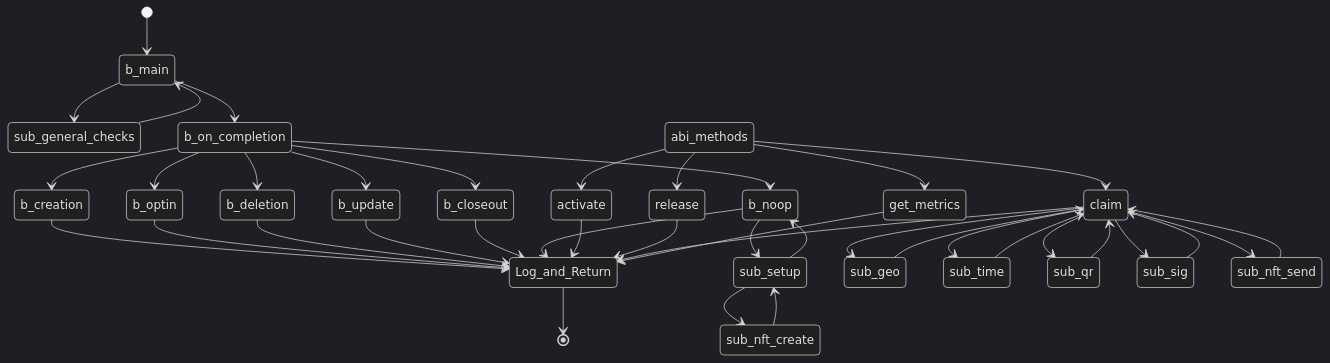
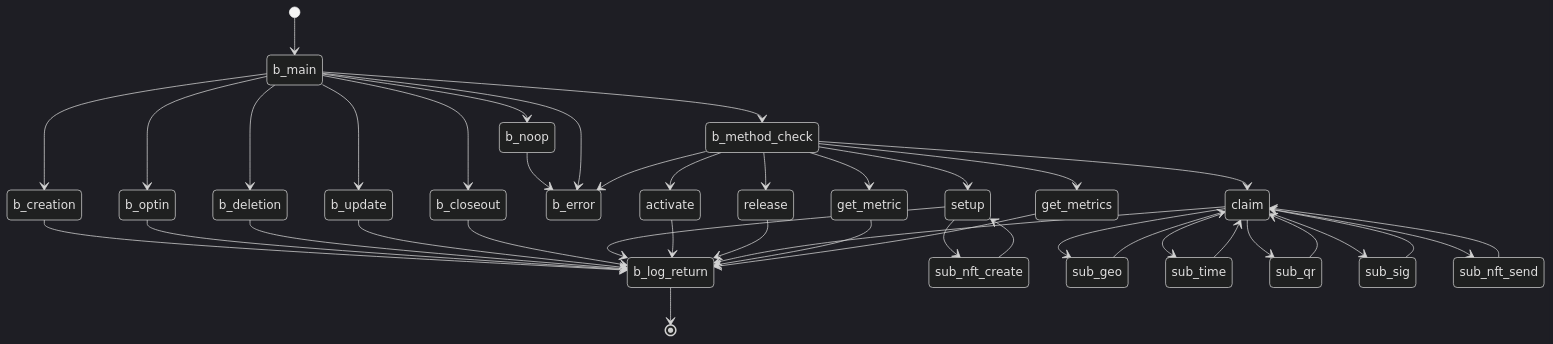
The sixth of 7 diagrams in README.md (Sun-C0ffee/algopoap-smartcontracts), drawn with Mermaid (dark theme) before and after one commit. The commit also changed other lines of this file and 1 other file, not shown here.

Commit message:
Update README.md and ASC ABI schema

````diff
--- a/README.md
+++ b/README.md
@@ -283,56 +305,58 @@
 ```mermaid
   stateDiagram-v2
     [*] --> b_main
-    b_main --> sub_general_checks
-    sub_general_checks --> b_main
-    b_main --> b_on_completion
+    b_main --> b_method_check
+    b_main --> b_creation
+    b_creation --> b_log_return
+    b_main --> b_optin
+    b_optin --> b_log_return
+    b_main --> b_deletion
+    b_deletion --> b_log_return
+    b_main --> b_update
+    b_update --> b_log_return
+    b_main --> b_closeout
+    b_closeout --> b_log_return
+
+ 
+    b_main --> b_noop
     
-    b_on_completion --> b_creation
-    b_creation --> Log_and_Return
-    b_on_completion --> b_optin
-    b_optin --> Log_and_Return
-    b_on_completion --> b_deletion
-    b_deletion --> Log_and_Return
-    b_on_completion --> b_update
-    b_update --> Log_and_Return
-    b_on_completion --> b_closeout
-    b_closeout --> Log_and_Return
+    b_noop --> b_error
+    b_main --> b_error
+  
 
-    b_on_completion --> b_noop
-    b_noop --> sub_setup
-    sub_setup --> sub_nft_create
-    sub_nft_create --> sub_setup
-    sub_setup --> b_noop
-    b_noop --> Log_and_Return
-   
+    b_method_check --> setup
+    setup --> sub_nft_create
+    sub_nft_create --> setup
+    setup --> b_log_return
 
+    b_method_check --> activate
+    activate --> b_log_return
 
-    abi_methods --> activate
-    activate --> Log_and_Return
+    b_method_check --> release
+    release --> b_log_return
 
-    abi_methods --> release
-    release --> Log_and_Return
-
-    abi_methods --> claim
+    b_method_check --> claim
     claim --> sub_geo
     sub_geo --> claim
     claim --> sub_time
     sub_time --> claim
     claim --> sub_qr
     sub_qr --> claim
     claim --> sub_sig
     sub_sig --> claim
     claim --> sub_nft_send
     sub_nft_send --> claim
-    claim --> Log_and_Return
+    claim --> b_log_return
 
-
+  
+    b_method_check --> get_metric
+    get_metric --> b_log_return
     
   
-    abi_methods --> get_metrics
-    get_metrics --> Log_and_Return
-  
+    b_method_check --> get_metrics
+    get_metrics --> b_log_return
+    b_method_check --> b_error
     
-    Log_and_Return --> [*]
+    b_log_return --> [*]
     
 ```
````
